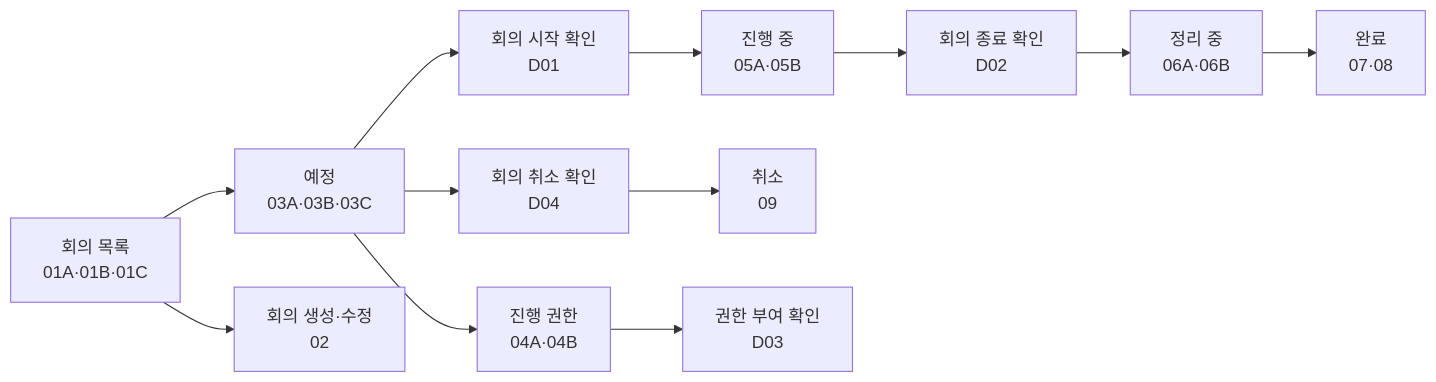
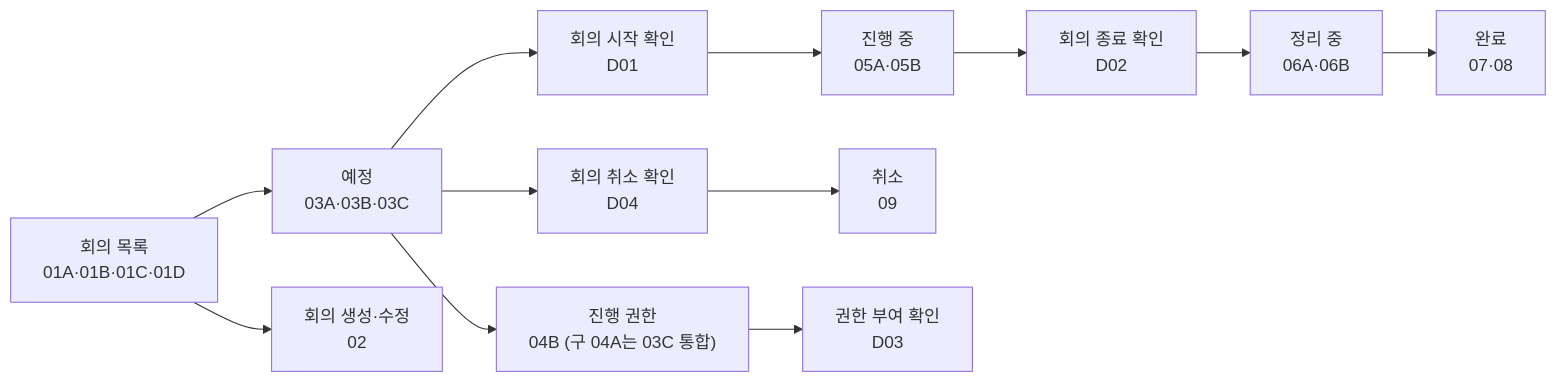
Before and after one commit to vada-hq/vada: the second of 4 diagrams in docs/VADA_MENU_STRUCTURE.md, drawn with Mermaid. The commit also changed other lines of this file and 2 other files, not shown here.

````diff
--- a/docs/VADA_MENU_STRUCTURE.md
+++ b/docs/VADA_MENU_STRUCTURE.md
@@ -121,14 +121,14 @@
 ```mermaid
 flowchart LR
-    L["회의 목록<br/>01A·01B·01C"] --> P["예정<br/>03A·03B·03C"]
+    L["회의 목록<br/>01A·01B·01C·01D"] --> P["예정<br/>03A·03B·03C"]
     L --> C["회의 생성·수정<br/>02"]
-    P --> A["진행 권한<br/>04A·04B"]
+    P --> A["진행 권한<br/>04B (구 04A는 03C 통합)"]
     P --> S["회의 시작 확인<br/>D01"]
     S --> I["진행 중<br/>05A·05B"]
     I --> E["회의 종료 확인<br/>D02"]
     E --> T["정리 중<br/>06A·06B"]
     T --> D["완료<br/>07·08"]
     P --> X["회의 취소 확인<br/>D04"]
     X --> X2["취소<br/>09"]
     A --> A2["권한 부여 확인<br/>D03"]
 ```
````
